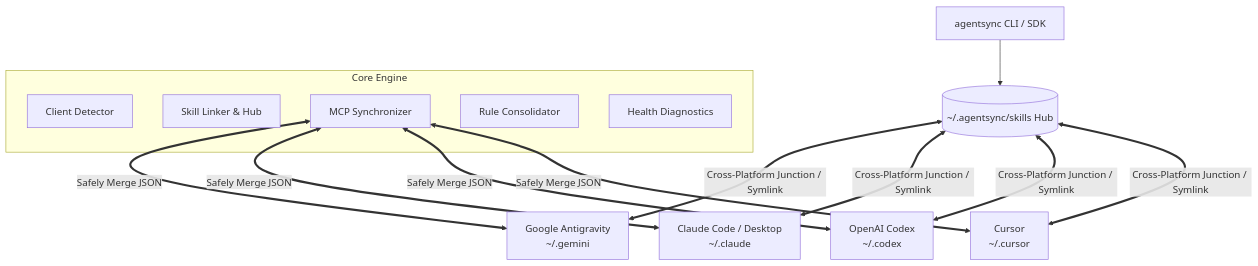
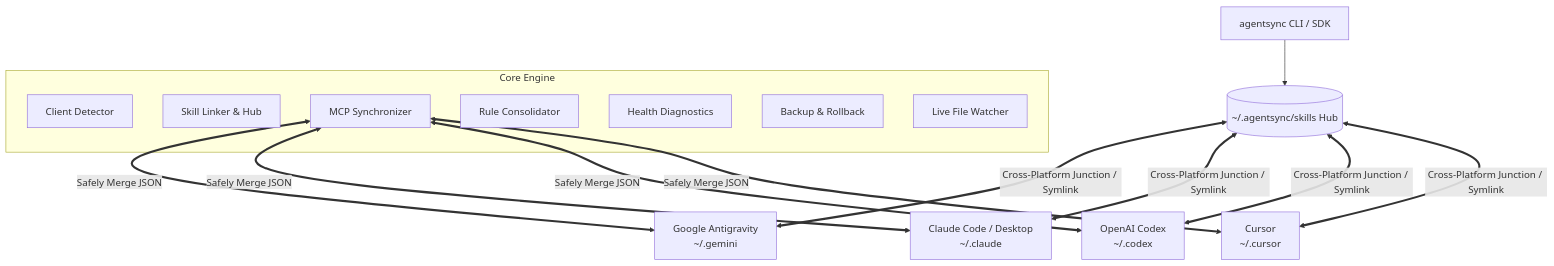
Before and after one commit to Helter5/agentbridge: the diagram in README.md, drawn with Mermaid. The commit also changed other lines of this file and 5 other files, not shown here.

````diff
--- a/README.md
+++ b/README.md
@@ -34,22 +34,24 @@
 ```mermaid
 flowchart TD
     CLI[agentsync CLI / SDK] --> Hub[(~/.agentsync/skills Hub)]
     
     subgraph Core Engine
         Detector[Client Detector]
         SkillLinker[Skill Linker & Hub]
         MCPSync[MCP Synchronizer]
         Rules[Rule Consolidator]
         Doctor[Health Diagnostics]
+        Rollback[Backup & Rollback]
+        Watcher[Live File Watcher]
     end
     
     Hub <== "Cross-Platform Junction / Symlink" ==> G[Google Antigravity<br/>~/.gemini]
     Hub <== "Cross-Platform Junction / Symlink" ==> C[Claude Code / Desktop<br/>~/.claude]
     Hub <== "Cross-Platform Junction / Symlink" ==> O[OpenAI Codex<br/>~/.codex]
     Hub <== "Cross-Platform Junction / Symlink" ==> U[Cursor<br/>~/.cursor]
     
     MCPSync <== "Safely Merge JSON" ==> G
     MCPSync <== "Safely Merge JSON" ==> C
     MCPSync <== "Safely Merge JSON" ==> O
     MCPSync <== "Safely Merge JSON" ==> U
 ```
````
